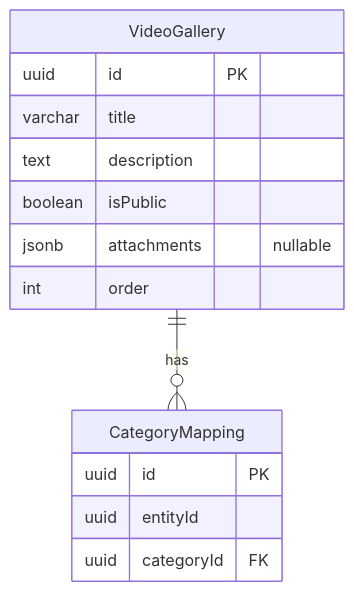
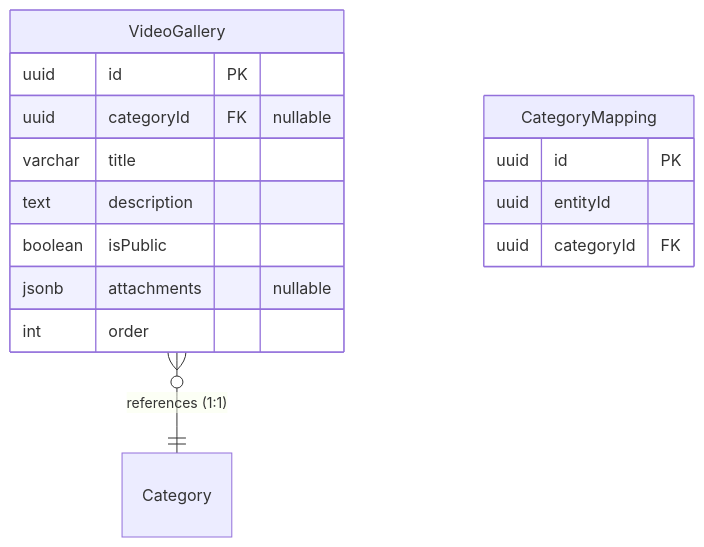
Before and after one commit to wukdddang/lumir-cms-backend: diagram 12 of 16 in docs/erd/er-diagram-entities.md, drawn with Mermaid. The commit also changed other lines of this file and 9 other files, not shown here.

````diff
--- a/docs/erd/er-diagram-entities.md
+++ b/docs/erd/er-diagram-entities.md
@@ -594,19 +550,20 @@
 ```mermaid
 erDiagram
     VideoGallery {
         uuid id PK
+        uuid categoryId FK "nullable"
         varchar title
         text description
         boolean isPublic
         jsonb attachments "nullable"
         int order
     }
     
     CategoryMapping {
         uuid id PK
         uuid entityId
         uuid categoryId FK
     }
     
-    VideoGallery ||--o{ CategoryMapping : "has"
+    VideoGallery }o--|| Category : "references (1:1)"
 ```
````
